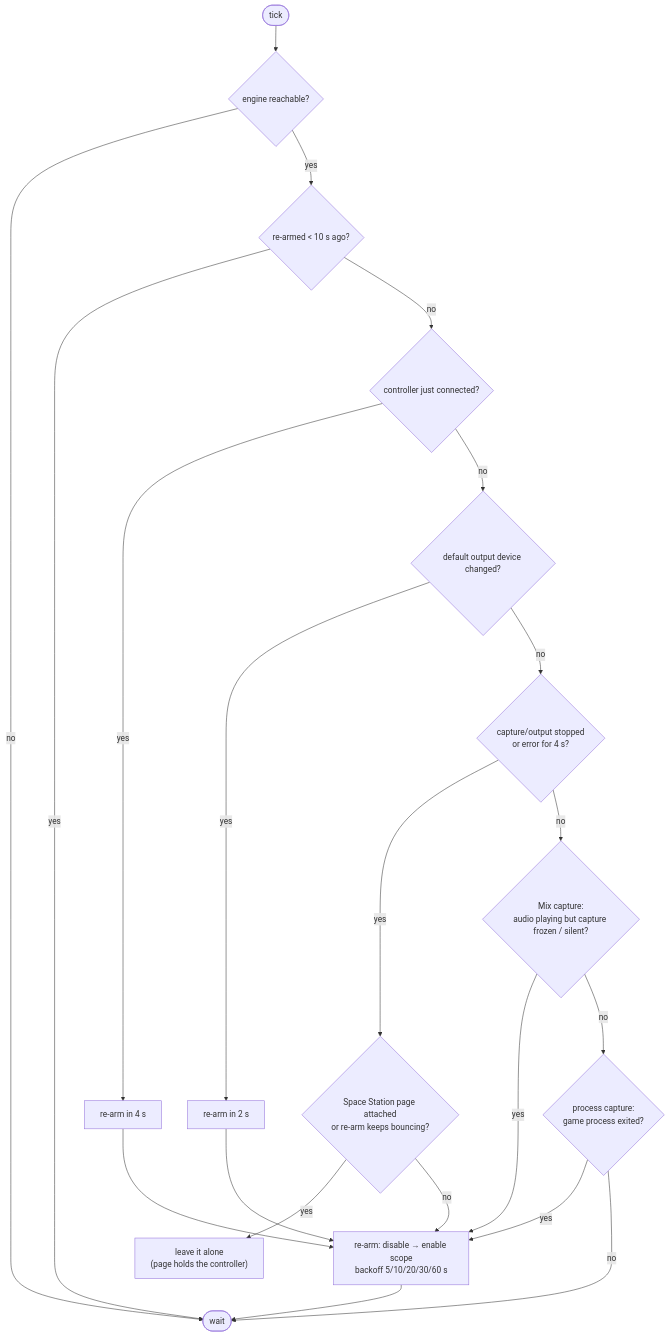
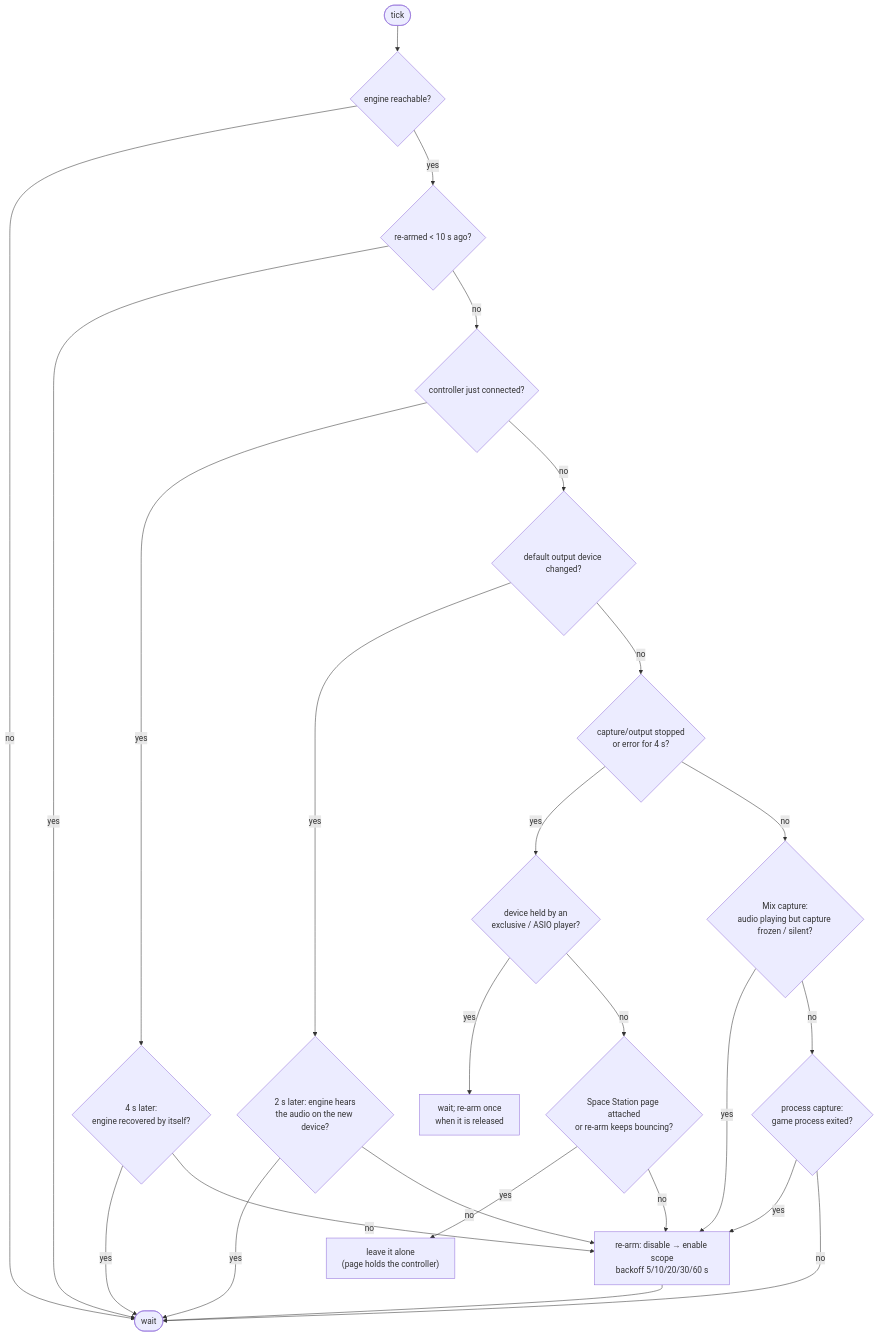
Before and after one commit to Emrise-r/flydigi-xhaptic-controller: the fourth of 6 diagrams in DIAGRAM.md, drawn with Mermaid. The commit also changed other lines of this file and 11 other files, not shown here.

First line of the commit message:
Support xHaptics Engine 5.0.2.4; skip needless device-change re-arms; ignore reused parent PIDs

````diff
--- a/DIAGRAM.md
+++ b/DIAGRAM.md
@@ -58,23 +58,27 @@
 ```mermaid
 flowchart TD
     T([tick]) --> S{engine reachable?}
     S -- no --> W([wait])
     S -- yes --> R{"re-armed < 10 s ago?"}
     R -- yes --> W
     R -- no --> C1{controller just connected?}
-    C1 -- yes --> K4["re-arm in 4 s"]
+    C1 -- yes --> K4{"4 s later:<br/>engine recovered by itself?"}
+    K4 -- yes --> W
     C1 -- no --> C2{default output device changed?}
-    C2 -- yes --> K2["re-arm in 2 s"]
+    C2 -- yes --> K2{"2 s later: engine hears<br/>the audio on the new device?"}
+    K2 -- yes --> W
     C2 -- no --> C3{"capture/output stopped<br/>or error for 4 s?"}
-    C3 -- yes --> WEB{"Space Station page attached<br/>or re-arm keeps bouncing?"}
+    C3 -- yes --> EX{"device held by an<br/>exclusive / ASIO player?"}
+    EX -- yes --> WAIT["wait; re-arm once<br/>when it is released"]
+    EX -- no --> WEB{"Space Station page attached<br/>or re-arm keeps bouncing?"}
     WEB -- yes --> HOLD["leave it alone<br/>(page holds the controller)"]
     WEB -- no --> KICK
     C3 -- no --> C4{"Mix capture:<br/>audio playing but capture frozen / silent?"}
     C4 -- yes --> KICK
     C4 -- no --> C5{"process capture:<br/>game process exited?"}
     C5 -- yes --> KICK
     C5 -- no --> W
-    K4 --> KICK
-    K2 --> KICK
+    K4 -- no --> KICK
+    K2 -- no --> KICK
     KICK["re-arm: disable → enable scope<br/>backoff 5/10/20/30/60 s"] --> W
 ```
````
